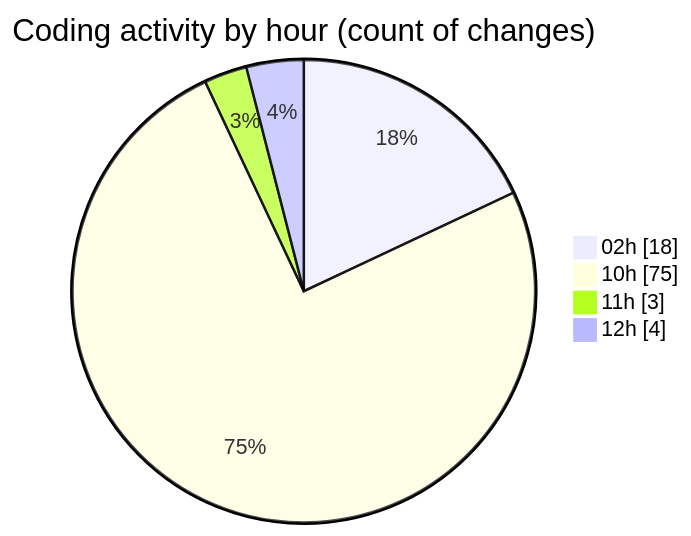
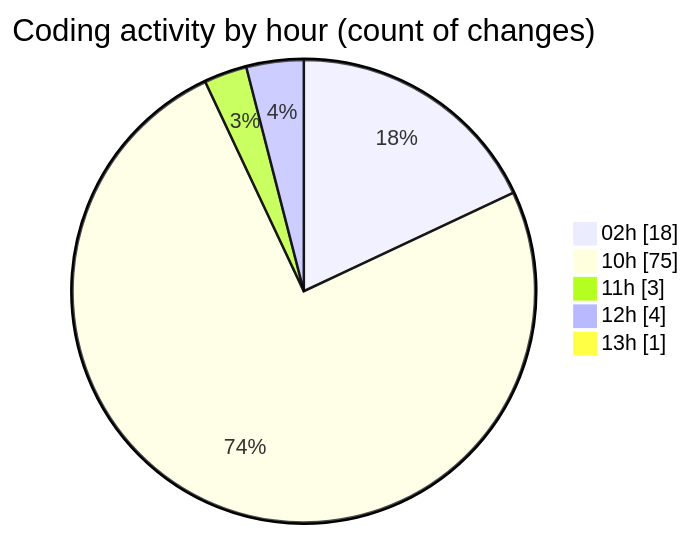
Before and after one commit to shibass792/code-tracking: the second of 2 diagrams in 2026-07-08/twenty_versions_aminor/README.md, drawn with Mermaid. The commit also changed other lines of this file and 1 other file, not shown here.

````diff
--- a/2026-07-08/twenty_versions_aminor/README.md
+++ b/2026-07-08/twenty_versions_aminor/README.md
@@ -33,8 +33,9 @@
 ```mermaid
 pie showData
 title Coding activity by hour (count of changes)
 "02h" : 18
 "10h" : 75
 "11h" : 3
 "12h" : 4
+"13h" : 1
 ```
````
